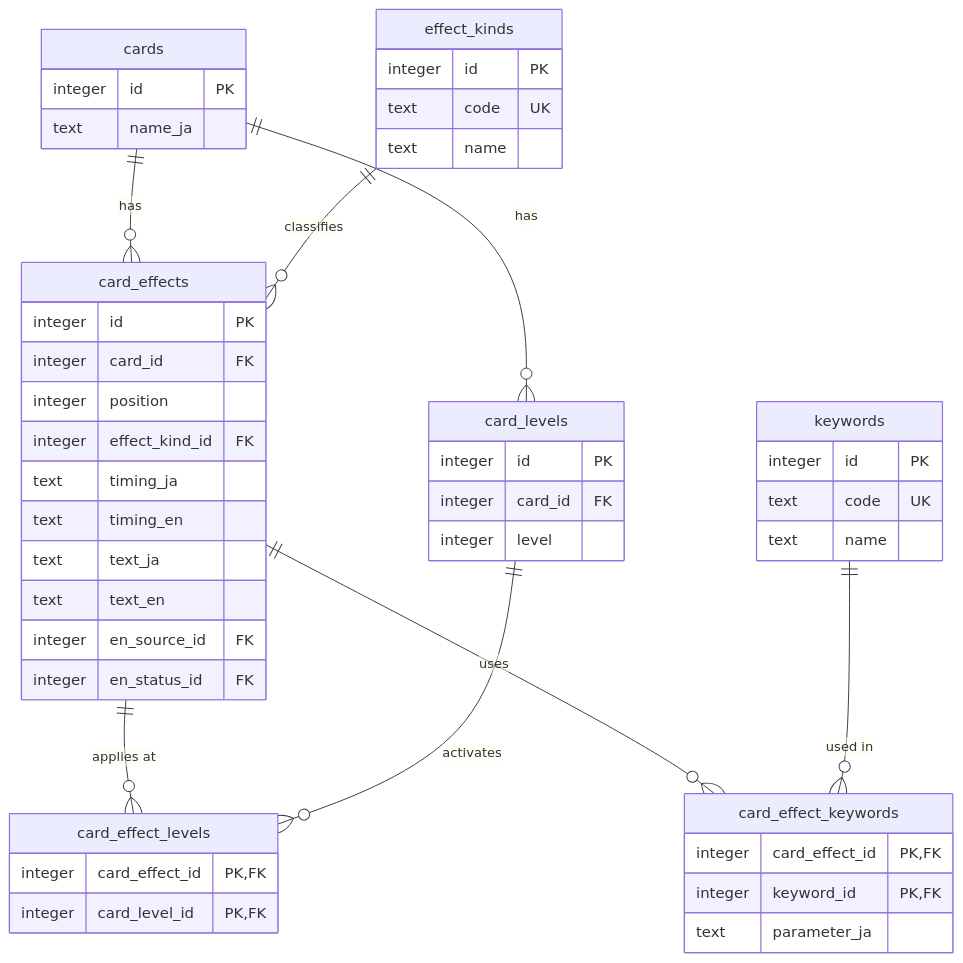
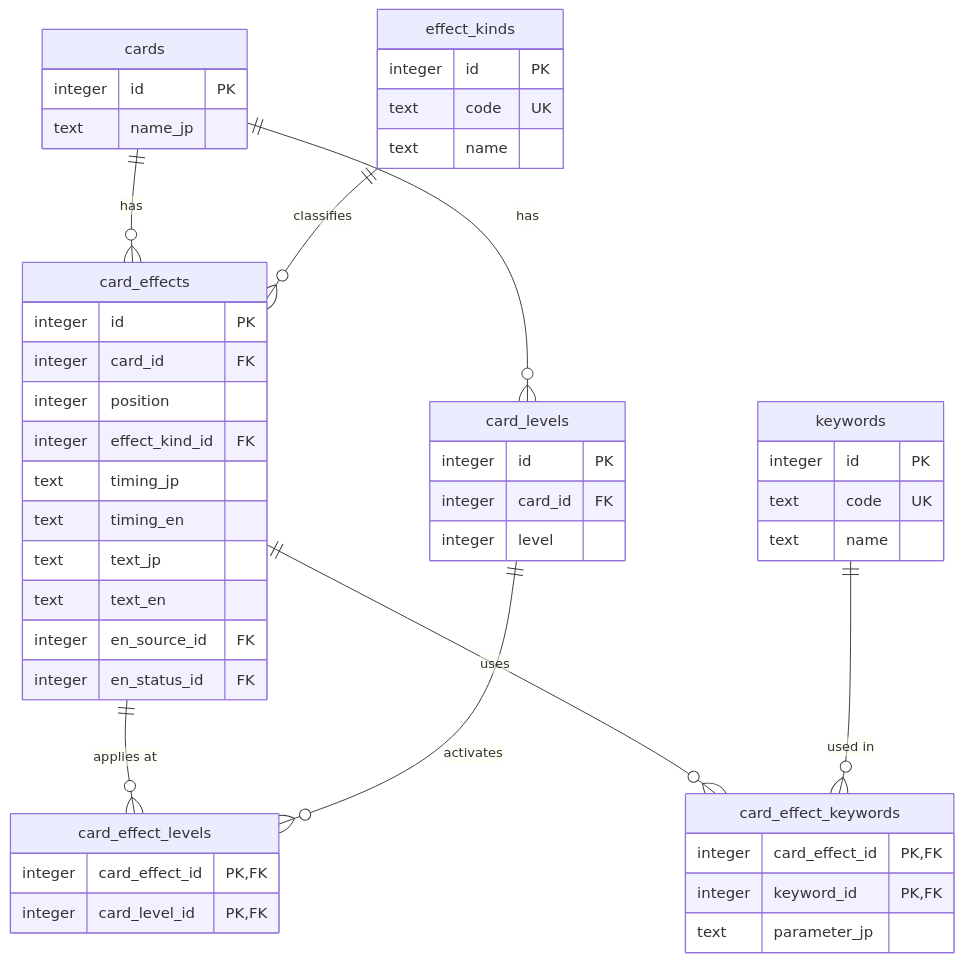
One commit to AleFire99/BS_Database changed the fifth of 8 diagrams in docs/data-model/target-schema.md. Above: the diagram before and after it, drawn with Mermaid. The commit also changed other lines of this file and 9 other files, not shown here.

````diff
--- a/docs/data-model/target-schema.md
+++ b/docs/data-model/target-schema.md
@@ -782,51 +782,51 @@
 ```mermaid
 erDiagram
     cards ||--o{ card_effects : "has"
     effect_kinds ||--o{ card_effects : "classifies"
     card_effects ||--o{ card_effect_levels : "applies at"
     card_levels ||--o{ card_effect_levels : "activates"
     cards ||--o{ card_levels : "has"
     card_effects ||--o{ card_effect_keywords : "uses"
     keywords ||--o{ card_effect_keywords : "used in"
 
     cards {
         integer id PK
-        text name_ja
+        text name_jp
     }
     card_levels {
         integer id PK
         integer card_id FK
         integer level
     }
     card_effects {
         integer id PK
         integer card_id FK
         integer position
         integer effect_kind_id FK
-        text timing_ja
+        text timing_jp
         text timing_en
-        text text_ja
+        text text_jp
         text text_en
         integer en_source_id FK
         integer en_status_id FK
     }
     effect_kinds {
         integer id PK
         text code UK
         text name
     }
     card_effect_levels {
         integer card_effect_id PK, FK
         integer card_level_id PK, FK
     }
     keywords {
         integer id PK
         text code UK
         text name
     }
     card_effect_keywords {
         integer card_effect_id PK, FK
         integer keyword_id PK, FK
-        text parameter_ja
+        text parameter_jp
     }
 ```
````
